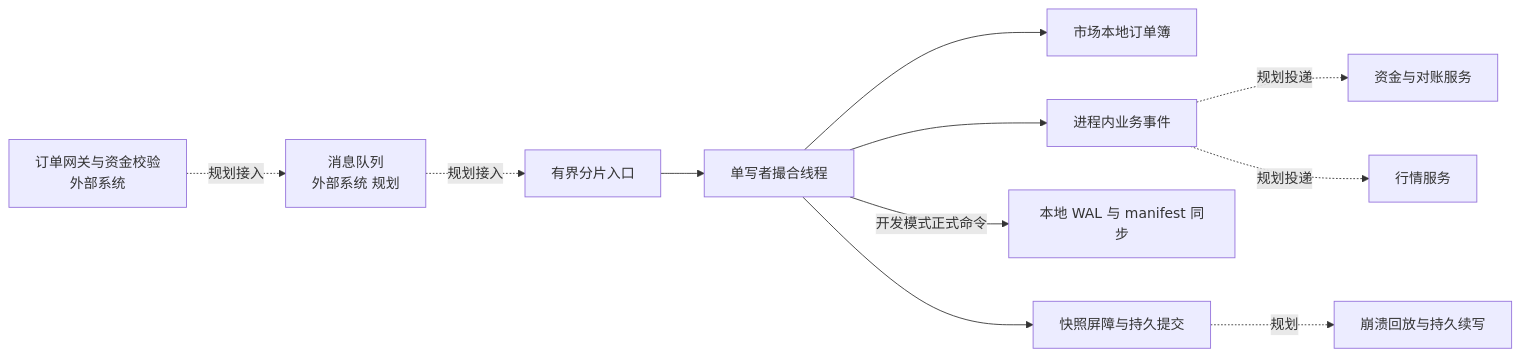
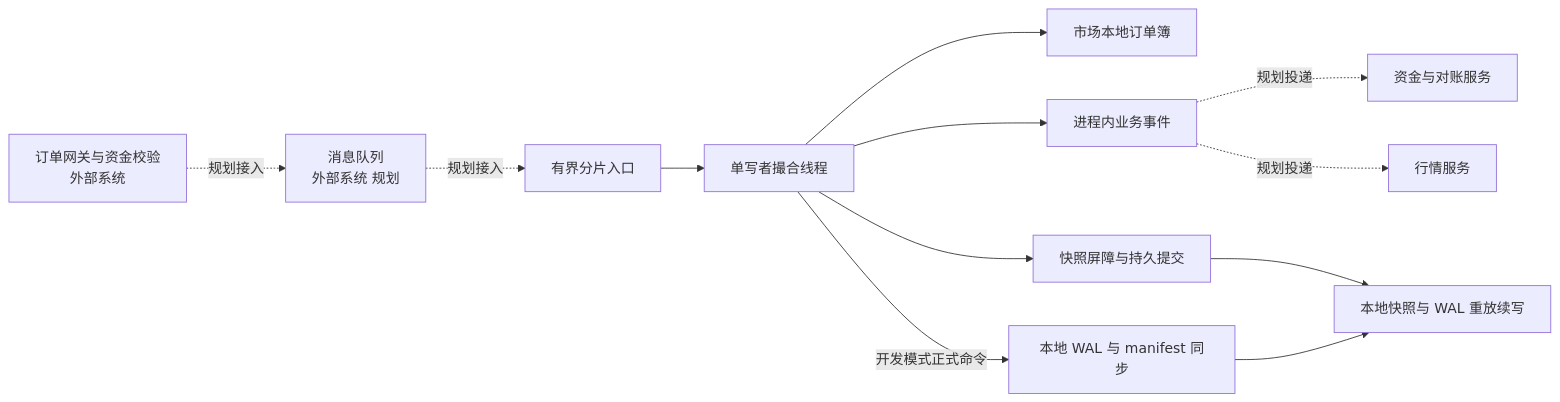
Before and after one commit to YANSHAO0032/tide-matching-engine: the diagram in README.md, drawn with Mermaid. The commit also changed other lines of this file and 39 other files, not shown here.

````diff
--- a/README.md
+++ b/README.md
@@ -26,13 +26,14 @@
 ```mermaid
 flowchart LR
     G[订单网关与资金校验<br/>外部系统] -. 规划接入 .-> Q[消息队列<br/>外部系统 规划]
     Q -. 规划接入 .-> R[有界分片入口]
     R --> S[单写者撮合线程]
     S --> B[市场本地订单簿]
     S --> E[进程内业务事件]
     S -->|开发模式正式命令| W[本地 WAL 与 manifest 同步]
     S --> P[快照屏障与持久提交]
-    P -. 规划 .-> H[崩溃回放与持久续写]
+    P --> H[本地快照与 WAL 重放续写]
+    W --> H
     E -. 规划投递 .-> F[资金与对账服务]
     E -. 规划投递 .-> M[行情服务]
 ```
````
